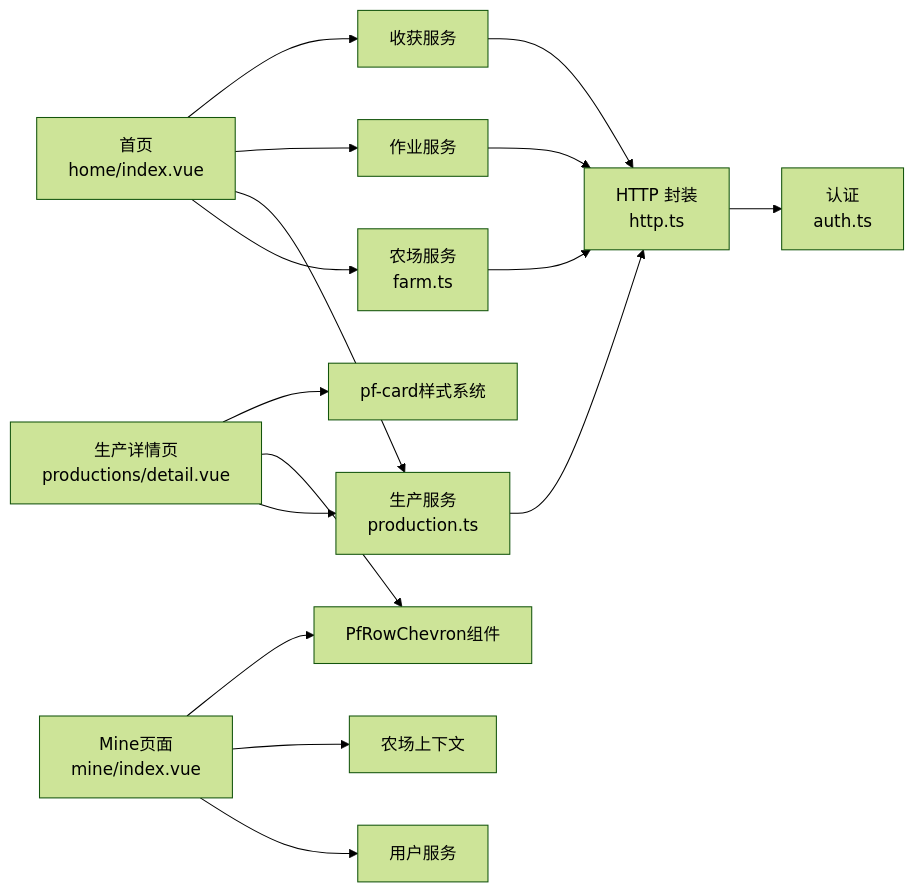
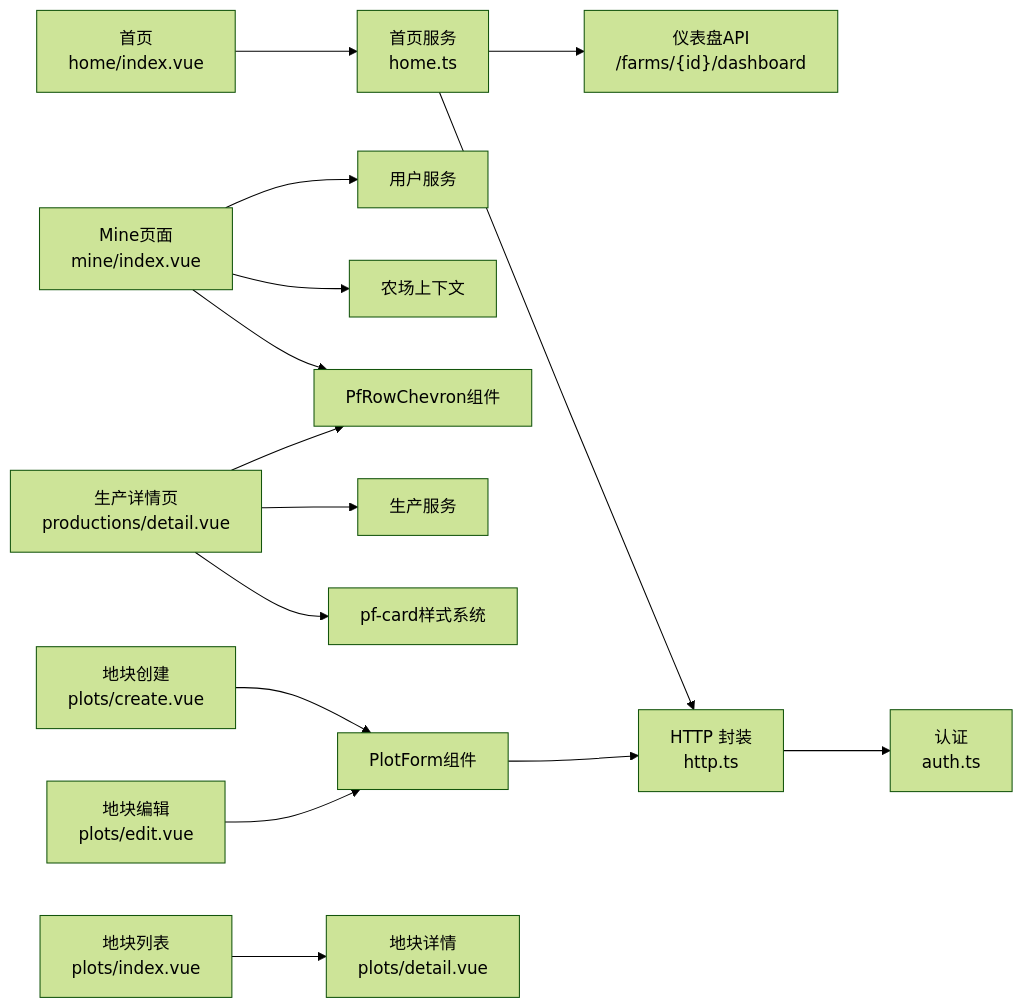
One commit to wungjyan/pocket-farm changed the ninth of 9 diagrams in .qoder/repowiki/zh/content/前端应用/前端应用.md. Above: the diagram before and after it, drawn with Mermaid (forest theme). The commit also changed other lines of this file and 198 other files, not shown here.

````diff
--- a/.qoder/repowiki/zh/content/前端应用/前端应用.md
+++ b/.qoder/repowiki/zh/content/前端应用/前端应用.md
@@ -452,18 +552,17 @@
 ```mermaid
 graph LR
-Home["首页<br/>home/index.vue"] --> FarmSvc["农场服务<br/>farm.ts"]
-Home --> ProdSvc["生产服务<br/>production.ts"]
-Home --> OpSvc["作业服务"]
-Home --> HarvSvc["收获服务"]
+Home["首页<br/>home/index.vue"] --> HomeSvc["首页服务<br/>home.ts"]
+HomeSvc --> DashboardAPI["仪表盘API<br/>/farms/{id}/dashboard"]
+HomeSvc --> Http["HTTP 封装<br/>http.ts"]
 Mine["Mine页面<br/>mine/index.vue"] --> UserSvc["用户服务"]
 Mine --> FarmCtx["农场上下文"]
 Mine --> Chevron["PfRowChevron组件"]
-ProdDetail["生产详情页<br/>productions/detail.vue"] --> ProdSvc
+ProdDetail["生产详情页<br/>productions/detail.vue"] --> ProdSvc["生产服务"]
 ProdDetail --> Chevron
 ProdDetail --> CardSystem["pf-card样式系统"]
-FarmSvc --> Http["HTTP 封装<br/>http.ts"]
-ProdSvc --> Http
-OpSvc --> Http
-HarvSvc --> Http
+PlotCreate["地块创建<br/>plots/create.vue"] --> PlotForm["PlotForm组件"]
+PlotEdit["地块编辑<br/>plots/edit.vue"] --> PlotForm
+PlotList["地块列表<br/>plots/index.vue"] --> PlotDetail["地块详情<br/>plots/detail.vue"]
+PlotForm --> Http
 Http --> Auth["认证<br/>auth.ts"]
 ```
````
